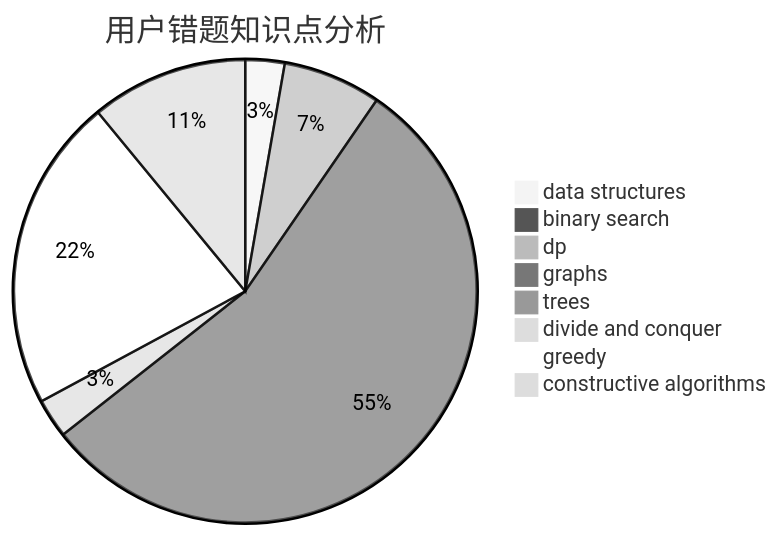
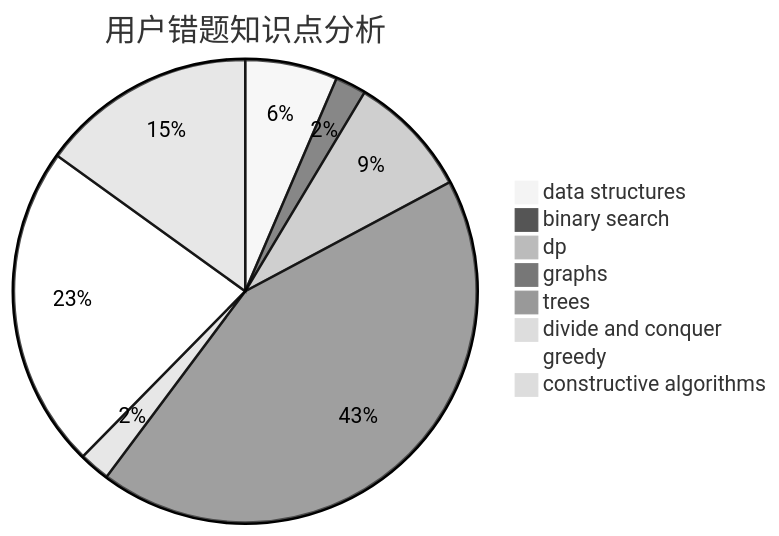
One commit to sherpahu/cfrs.github.io changed the third of 3 diagrams in docs/user/u1573.md. Above: the diagram before and after it, drawn with Mermaid (neutral theme). The commit also changed other lines of this file and 2770 other files, not shown here.

````diff
--- a/docs/user/u1573.md
+++ b/docs/user/u1573.md
@@ -36,11 +36,11 @@
 ```mermaid
 pie title 用户错题知识点分析
-    "data structures" :  2
-    "binary search" :  0
-    "dp" :  5
+    "data structures" :  6
+    "binary search" :  2
+    "dp" :  8
     "graphs" :  40
     "trees" :  0
     "divide and conquer" :  2
-    "greedy" :  16
-    "constructive algorithms" :  8
+    "greedy" :  21
+    "constructive algorithms" :  14
 ```
````
